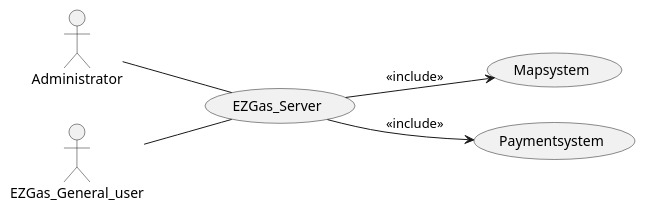
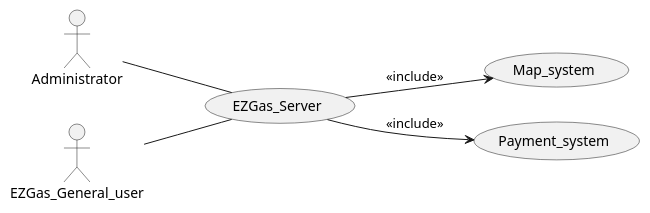
Before and after one commit to SoftengPoliTo/Lab2: the first of 4 diagrams in REQ_s269901.md, drawn with PlantUML.

Commit message:
fix some typos

````diff
--- a/REQ_s269901.md
+++ b/REQ_s269901.md
@@ -46,10 +46,10 @@
 ```plantuml
 left to right direction
 actor Administrator  as a
 actor EZGas_General_user as b
 a -- (EZGas_Server)
 b -- (EZGas_Server)
-(EZGas_Server) --> (Mapsystem):<<include>>
-(EZGas_Server) --> (Paymentsystem):<<include>>
+(EZGas_Server) --> (Map_system):<<include>>
+(EZGas_Server) --> (Payment_system):<<include>>
 
 ```
````
